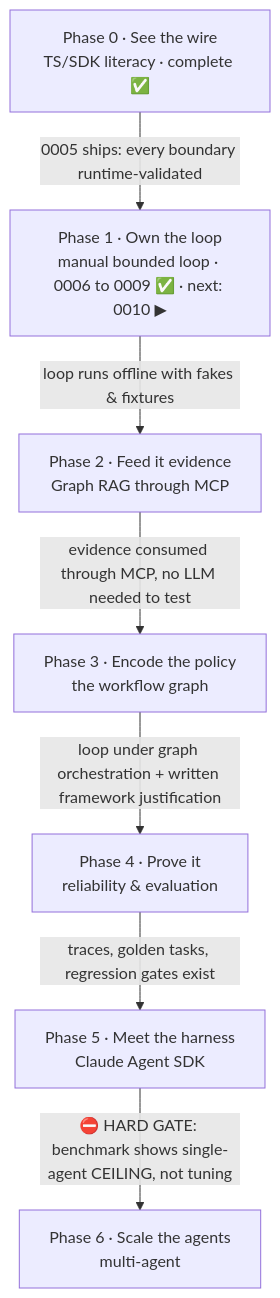
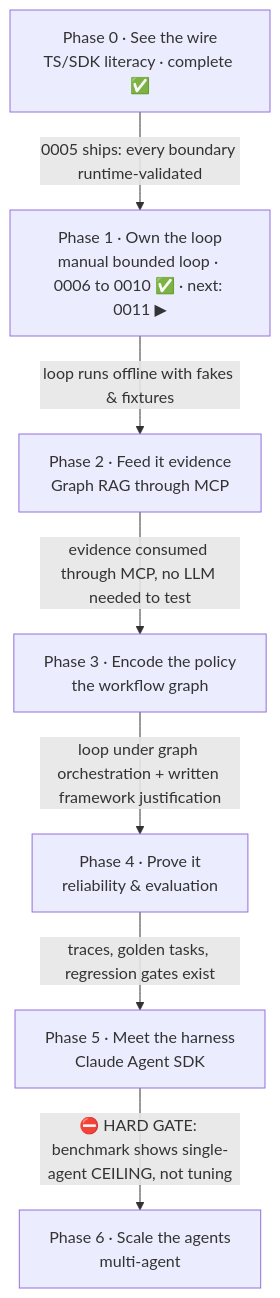
The first of 4 diagrams in wiki/course/course-module-graph.md (JozsefKiss90/TS), drawn with Mermaid before and after one commit. The commit also changed other lines of this file and 17 other files, not shown here.

````diff
--- a/wiki/course/course-module-graph.md
+++ b/wiki/course/course-module-graph.md
@@ -17,16 +17,16 @@
 ```mermaid
 flowchart TD
     P0["Phase 0 · See the wire<br/>TS/SDK literacy · complete ✅"]
-    P1["Phase 1 · Own the loop<br/>manual bounded loop · 0006 to 0009 ✅ · next: 0010 ▶"]
+    P1["Phase 1 · Own the loop<br/>manual bounded loop · 0006 to 0010 ✅ · next: 0011 ▶"]
     P2["Phase 2 · Feed it evidence<br/>Graph RAG through MCP"]
     P3["Phase 3 · Encode the policy<br/>the workflow graph"]
     P4["Phase 4 · Prove it<br/>reliability & evaluation"]
     P5["Phase 5 · Meet the harness<br/>Claude Agent SDK"]
     P6["Phase 6 · Scale the agents<br/>multi-agent"]
     P0 -->|"0005 ships: every boundary runtime-validated"| P1
     P1 -->|"loop runs offline with fakes & fixtures"| P2
     P2 -->|"evidence consumed through MCP, no LLM needed to test"| P3
     P3 -->|"loop under graph orchestration + written framework justification"| P4
     P4 -->|"traces, golden tasks, regression gates exist"| P5
     P5 -->|"⛔ HARD GATE: benchmark shows single-agent CEILING, not tuning"| P6
 ```
````
